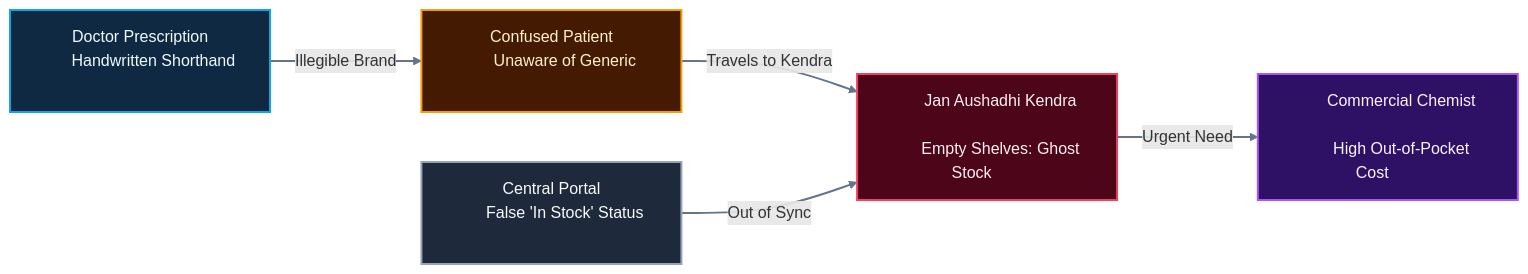
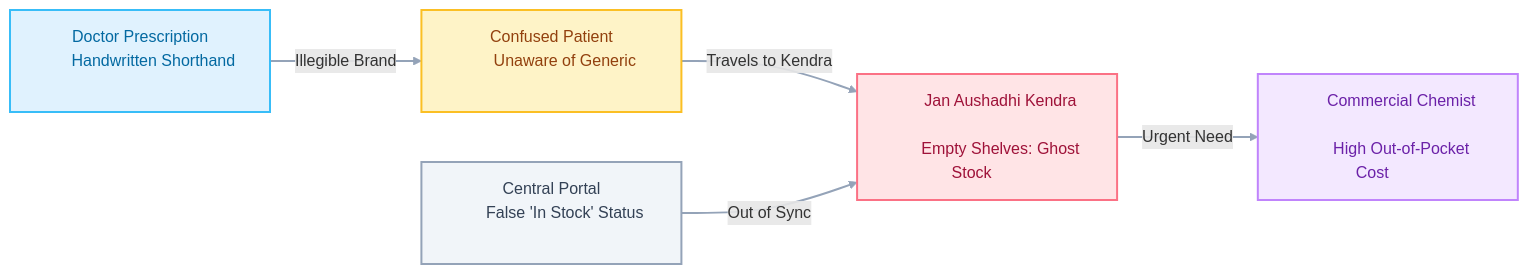
One commit to Parth-Chavan-15/MedSetu-TechSprint changed the first of 6 diagrams in README.md. Above: the diagram before and after it, drawn with Mermaid. The commit also changed other lines of this file, not shown here.

Commit message:
style: apply soft pastel palettes across all diagrams and wrap large flowcharts in expandable details blocks

````diff
--- a/README.md
+++ b/README.md
@@ -45,21 +45,21 @@
 ```mermaid
 flowchart LR
     RX["&nbsp;&nbsp;&nbsp;&nbsp;&nbsp;&nbsp; Doctor Prescription &nbsp;&nbsp;&nbsp;&nbsp;&nbsp;&nbsp;<br/>&nbsp;&nbsp;&nbsp;&nbsp;&nbsp;&nbsp; Handwritten Shorthand &nbsp;&nbsp;&nbsp;&nbsp;&nbsp;&nbsp;"] -->|Illegible Brand| PATIENT["&nbsp;&nbsp;&nbsp;&nbsp;&nbsp;&nbsp; Confused Patient &nbsp;&nbsp;&nbsp;&nbsp;&nbsp;&nbsp;<br/>&nbsp;&nbsp;&nbsp;&nbsp;&nbsp;&nbsp; Unaware of Generic &nbsp;&nbsp;&nbsp;&nbsp;&nbsp;&nbsp;"]
     PATIENT -->|Travels to Kendra| KENDRA["&nbsp;&nbsp;&nbsp;&nbsp;&nbsp;&nbsp; Jan Aushadhi Kendra &nbsp;&nbsp;&nbsp;&nbsp;&nbsp;&nbsp;<br/>&nbsp;&nbsp;&nbsp;&nbsp;&nbsp;&nbsp; Empty Shelves: Ghost Stock &nbsp;&nbsp;&nbsp;&nbsp;&nbsp;&nbsp;"]
     PORTAL["&nbsp;&nbsp;&nbsp;&nbsp;&nbsp;&nbsp; Central Portal &nbsp;&nbsp;&nbsp;&nbsp;&nbsp;&nbsp;<br/>&nbsp;&nbsp;&nbsp;&nbsp;&nbsp;&nbsp; False 'In Stock' Status &nbsp;&nbsp;&nbsp;&nbsp;&nbsp;&nbsp;"] -->|Out of Sync| KENDRA
     KENDRA -->|Urgent Need| RETAIL["&nbsp;&nbsp;&nbsp;&nbsp;&nbsp;&nbsp; Commercial Chemist &nbsp;&nbsp;&nbsp;&nbsp;&nbsp;&nbsp;<br/>&nbsp;&nbsp;&nbsp;&nbsp;&nbsp;&nbsp; High Out-of-Pocket Cost &nbsp;&nbsp;&nbsp;&nbsp;&nbsp;&nbsp;"]
 
-    classDef clinic fill:#0F2942,stroke:#0EA5E9,color:#F0F9FF,stroke-width:2px;
-    classDef patient fill:#451A03,stroke:#F59E0B,color:#FEF3C7,stroke-width:2px;
-    classDef portal fill:#1E293B,stroke:#94A3B8,color:#F8FAFC,stroke-width:2px;
-    classDef kendra fill:#4C0519,stroke:#F43F5E,color:#FFF1F2,stroke-width:2px;
-    classDef retail fill:#2E1065,stroke:#A855F7,color:#FAF5FF,stroke-width:2px;
+    classDef clinic fill:#E0F2FE,stroke:#38BDF8,color:#0369A1,stroke-width:2px;
+    classDef patient fill:#FEF3C7,stroke:#FBBF24,color:#92400E,stroke-width:2px;
+    classDef portal fill:#F1F5F9,stroke:#94A3B8,color:#334155,stroke-width:2px;
+    classDef kendra fill:#FFE4E6,stroke:#FB7185,color:#9F1239,stroke-width:2px;
+    classDef retail fill:#F3E8FF,stroke:#C084FC,color:#6B21A8,stroke-width:2px;
 
     class RX clinic;
     class PATIENT patient;
     class PORTAL portal;
     class KENDRA kendra;
     class RETAIL retail;
 
-    linkStyle default stroke:#64748B,stroke-width:2px;
+    linkStyle default stroke:#94A3B8,stroke-width:2px;
 ```
````
